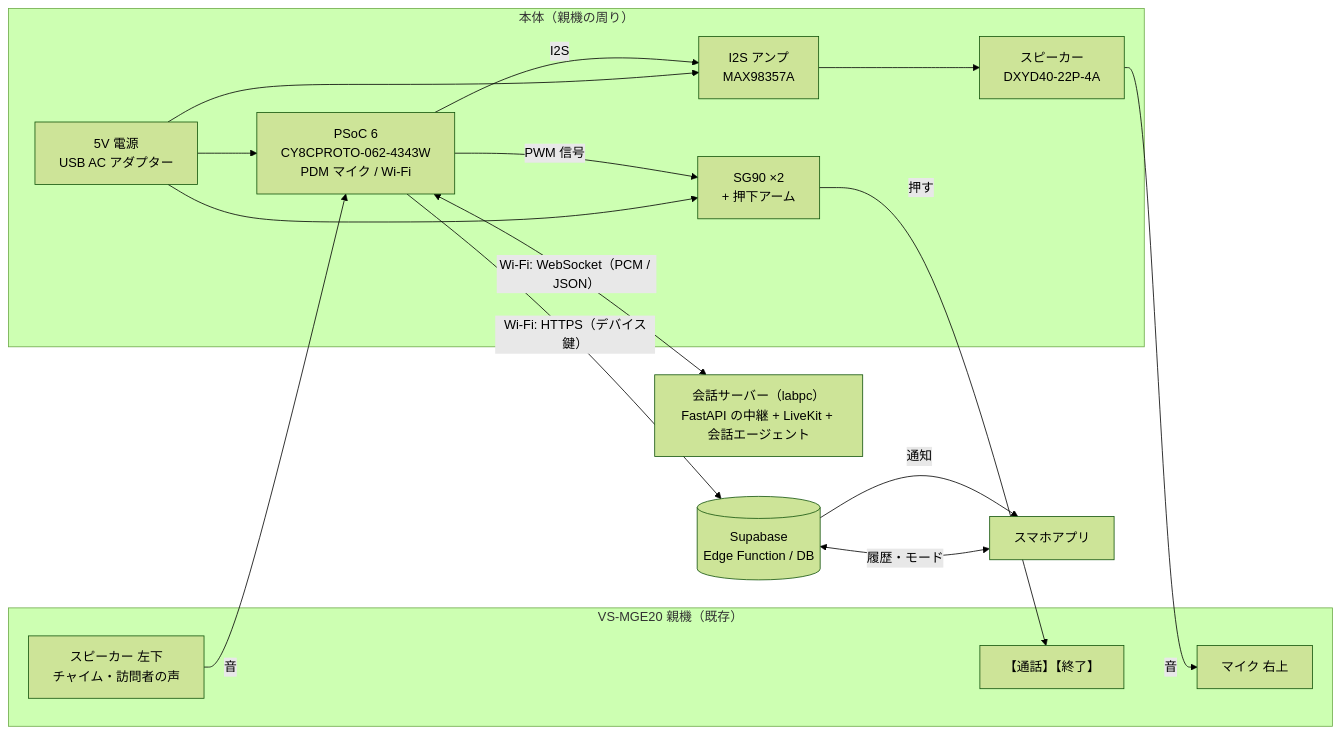
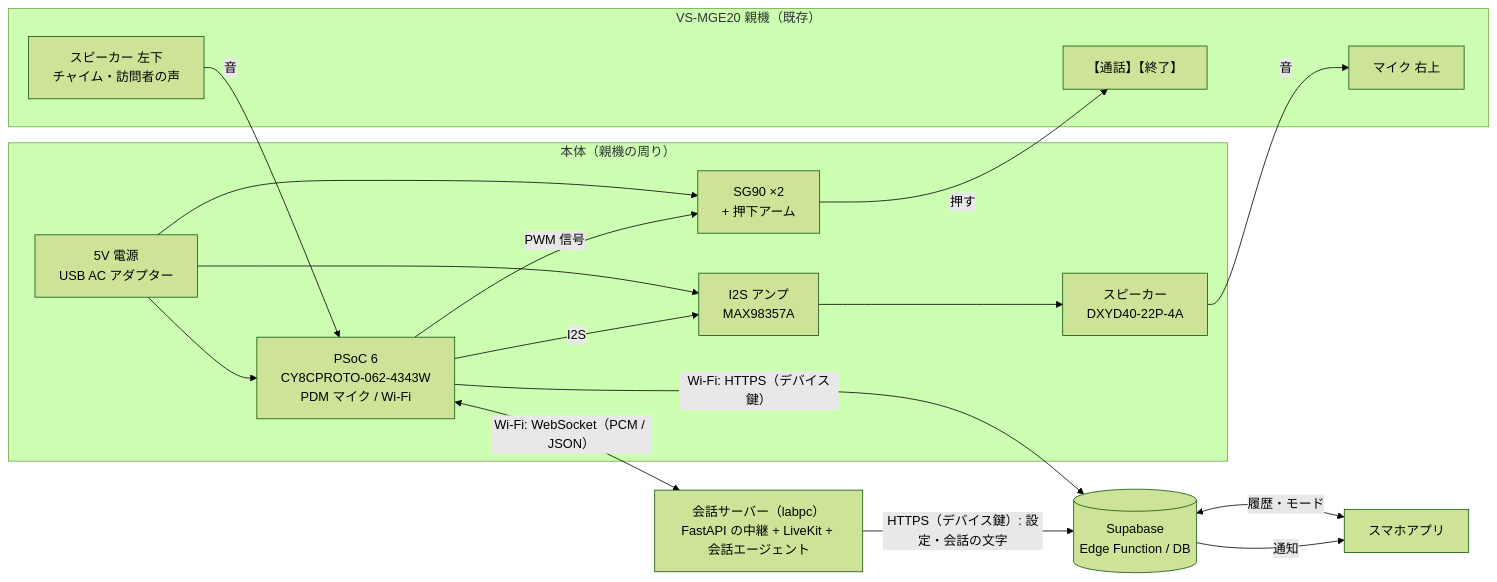
Before and after one commit to jphacks/tka_2601: the first of 2 diagrams in docs/spec.md, drawn with Mermaid (forest theme). The commit also changed other lines of this file and 2 other files, not shown here.

````diff
--- a/docs/spec.md
+++ b/docs/spec.md
@@ -173,31 +174,32 @@
 ```mermaid
 flowchart LR
   subgraph Intercom[VS-MGE20 親機（既存）]
     SPK_I[スピーカー 左下<br/>チャイム・訪問者の声]
     MIC_I[マイク 右上]
     BTN[【通話】【終了】]
   end
 
   subgraph Device[本体（親機の周り）]
     P6[PSoC 6<br/>CY8CPROTO-062-4343W<br/>PDM マイク / Wi-Fi]
     AMP[I2S アンプ<br/>MAX98357A]
     SPK[スピーカー<br/>DXYD40-22P-4A]
     SV[SG90 ×2<br/>+ 押下アーム]
     PWR[5V 電源<br/>USB AC アダプター]
   end
 
   SRV[会話サーバー（labpc）<br/>FastAPI の中継 + LiveKit + 会話エージェント]
   SB[(Supabase<br/>Edge Function / DB)]
   APP[スマホアプリ]
 
   SPK_I -- 音 --> P6
   P6 -- I2S --> AMP --> SPK -- 音 --> MIC_I
   P6 -- PWM 信号 --> SV -- 押す --> BTN
   PWR --> P6
   PWR --> SV
   PWR --> AMP
   P6 <-- "Wi-Fi: WebSocket（PCM / JSON）" --> SRV
   P6 -- "Wi-Fi: HTTPS（デバイス鍵）" --> SB
+  SRV -- "HTTPS（デバイス鍵）: 設定・会話の文字" --> SB
   SB -- 通知 --> APP
   APP <-- 履歴・モード --> SB
 ```
````
